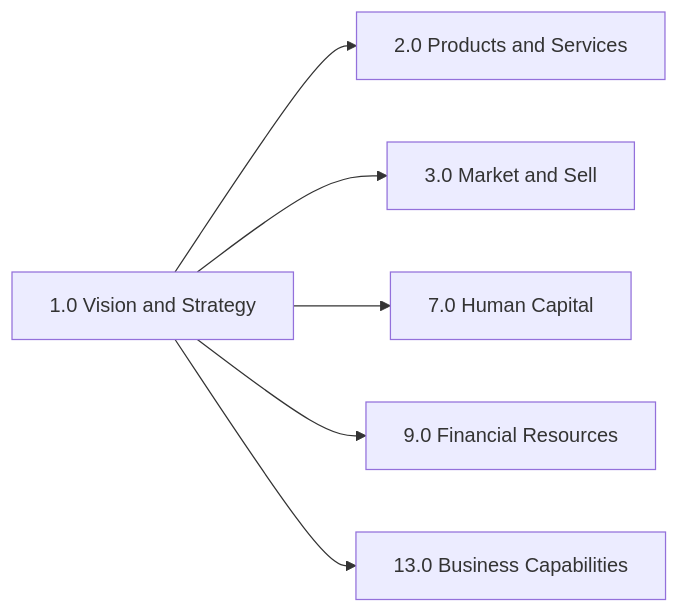
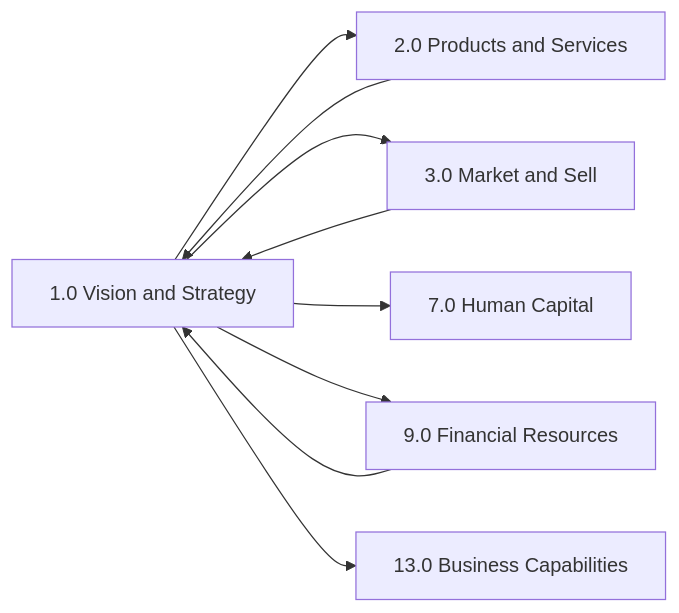
Before and after one commit to kziemski/business.org.ai: the third of 3 diagrams in processes/01-Strategy/index.mdx, drawn with Mermaid. The commit also changed other lines of this file and 67 other files, not shown here.

````diff
--- a/processes/01-Strategy/index.mdx
+++ b/processes/01-Strategy/index.mdx
@@ -72,8 +233,12 @@
 ```mermaid
 graph LR
     VS["1.0 Vision and Strategy"] --> PD["2.0 Products and Services"]
     VS --> MS["3.0 Market and Sell"]
     VS --> HC["7.0 Human Capital"]
     VS --> FR["9.0 Financial Resources"]
     VS --> BC["13.0 Business Capabilities"]
+
+    PD --> VS
+    MS --> VS
+    FR --> VS
 ```
````
